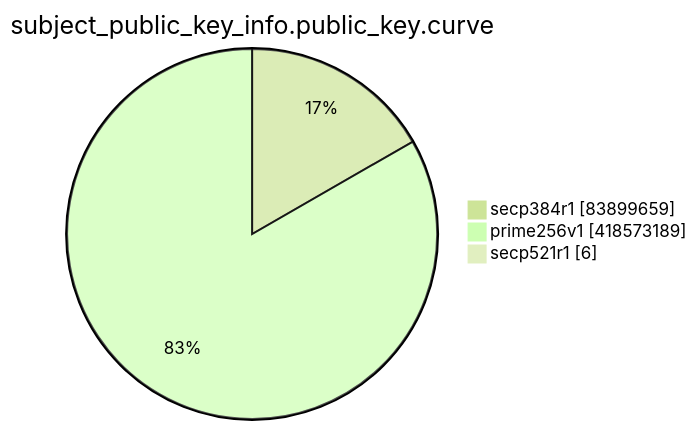
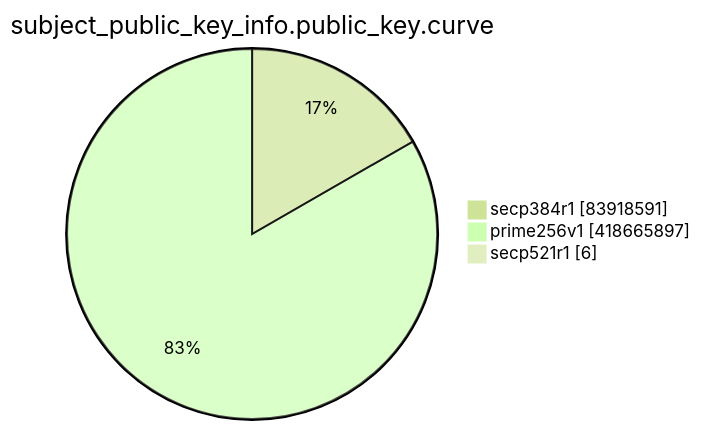
One commit to christiankrug/ctmonitor_visualization changed the eighth of 15 diagrams in TOTAL/README.md. Above: the diagram before and after it, drawn with Mermaid (forest theme). The commit also changed other lines of this file, not shown here.

````diff
--- a/TOTAL/README.md
+++ b/TOTAL/README.md
@@ -3099,7 +3099,7 @@
 ```mermaid
 pie showData
 title subject_public_key_info.public_key.curve
-"secp384r1" :83899659
-"prime256v1" :418573189
+"secp384r1" :83918591
+"prime256v1" :418665897
 "secp521r1" :6
 ```
````
